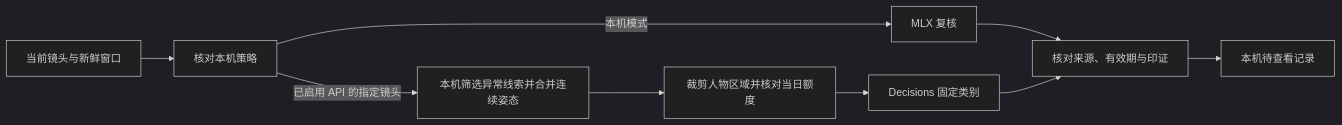
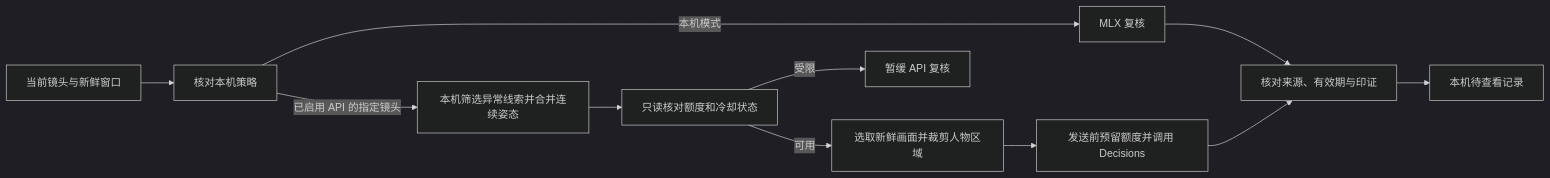
Diagram 19 of 47 in docs/architecture.md (Geeprox/Friday), drawn with Mermaid (dark theme) before and after one commit. The commit also changed other lines of this file and 5 other files, not shown here.

````diff
--- a/docs/architecture.md
+++ b/docs/architecture.md
@@ -431,11 +431,13 @@
 ```mermaid
 flowchart LR
   F[当前镜头与新鲜窗口] --> P[核对本机策略]
   P -->|本机模式| M[MLX 复核]
   P -->|已启用 API 的指定镜头| E[本机筛选异常线索并合并连续姿态]
-  E --> C[裁剪人物区域并核对当日额度]
-  C --> D[Decisions 固定类别]
+  E --> C[只读核对额度和冷却状态]
+  C -->|可用| J[选取新鲜画面并裁剪人物区域]
+  C -->|受限| X[暂缓 API 复核]
+  J --> D[发送前预留额度并调用 Decisions]
   M --> V[核对来源、有效期与印证]
   D --> V
   V --> R[本机待查看记录]
 ```
````
